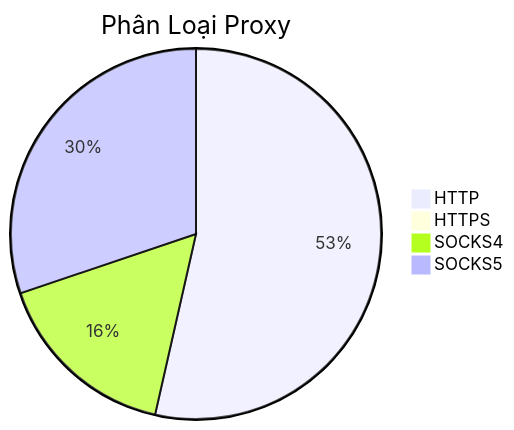
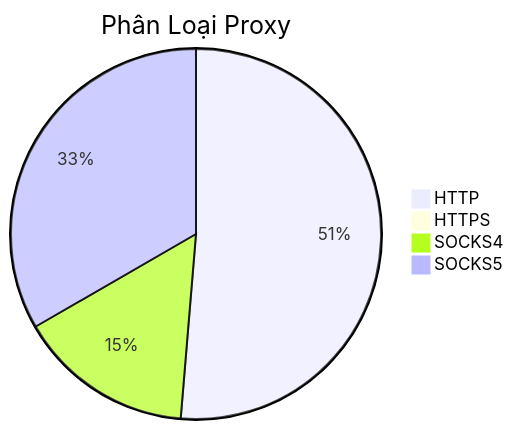
The diagram in README.md (Ciara-Aa/PROXY-free), drawn with Mermaid before and after one commit. The commit also changed other lines of this file and 4 other files, not shown here.

````diff
--- a/README.md
+++ b/README.md
@@ -26,7 +26,7 @@
 ```mermaid
 pie title Phân Loại Proxy
-    "HTTP" : 385
-    "HTTPS" : 6
-    "SOCKS4" : 117
-    "SOCKS5" : 217
+    "HTTP" : 331
+    "HTTPS" : 5
+    "SOCKS4" : 99
+    "SOCKS5" : 215
 ```
````
